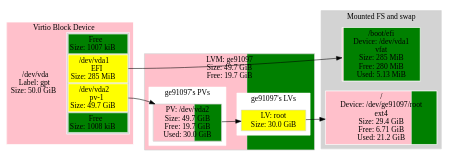
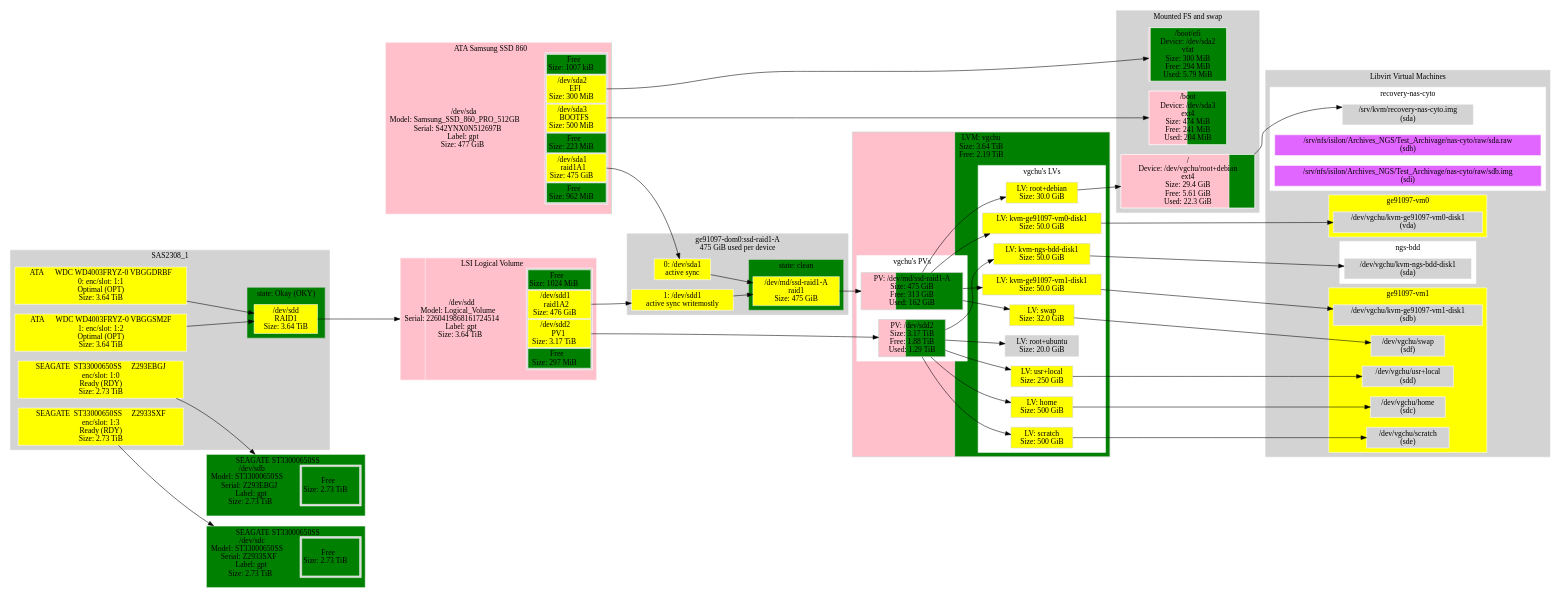
One commit to metacpan/metacpan-cpan-extracted changed the diagram in distros/S/StorageDisplay/data/ge91097.ref.dot. Above: the diagram before and after it, drawn with Graphviz. The commit also changed 6197 other files, not shown here.

```diff
--- a/distros/S/StorageDisplay/data/ge91097.ref.dot
+++ b/distros/S/StorageDisplay/data/ge91097.ref.dot
@@ -1,8 +1,8 @@
 digraph "machine"{
 	rankdir=LR;
-	{ "@Part: vda" [
+	{ "@Part: sda" [
 		label=<<TABLE BORDER="0" CELLPADDING="0" CELLSPACING="0">
-				<TR> <TD COLSPAN="2">Virtio Block Device</TD> </TR><TR><TD >/dev/vda<BR/>Label: gpt<BR/>Size: 50.0 GiB</TD>    <TD BGCOLOR="lightgrey">
+				<TR> <TD COLSPAN="2">ATA Samsung SSD 860</TD> </TR><TR><TD >/dev/sda<BR/>Model: Samsung_SSD_860_PRO_512GB<BR/>Serial: S42YNX0N512697B<BR/>Label: gpt<BR/>Size: 477 GiB</TD>    <TD BGCOLOR="lightgrey">
 				<TABLE >
 					<TR>
 						<TD bgcolor="green">
@@ -10,18 +10,28 @@
 						</TD>
 					</TR>
 					<TR>
-						<TD PORT="1" BGCOLOR="yellow">
-						/dev/vda1<BR/>EFI<BR/>Size: 285 MiB
+						<TD PORT="2" BGCOLOR="yellow">
+						/dev/sda2<BR/>EFI<BR/>Size: 300 MiB
 						</TD>
 					</TR>
 					<TR>
-						<TD PORT="2" BGCOLOR="yellow">
-						/dev/vda2<BR/>pv-1<BR/>Size: 49.7 GiB
+						<TD PORT="3" BGCOLOR="yellow">
+						/dev/sda3<BR/>BOOTFS<BR/>Size: 500 MiB
 						</TD>
 					</TR>
 					<TR>
 						<TD bgcolor="green">
-						Free<BR/>Size: 1008 kiB
+						Free<BR/>Size: 223 MiB
+						</TD>
+					</TR>
+					<TR>
+						<TD PORT="1" BGCOLOR="yellow">
+						/dev/sda1<BR/>raid1A1<BR/>Size: 475 GiB
+						</TD>
+					</TR>
+					<TR>
+						<TD bgcolor="green">
+						Free<BR/>Size: 962 MiB
 						</TD>
 					</TR>
 				</TABLE>
@@ -33,33 +43,200 @@
 		fillcolor=lightgrey;
 		shape="rectangle";
 		style=striped;
-		fillcolor="green;0.000019:pink;0.005566:pink;0.994395:green;0.000019";
+		fillcolor="green;0.000002:pink;0.000614:pink;0.001024:green;0.000457:pink;0.995933:green;0.001970";
 	]; }
-	subgraph "cluster_ge91097" {
+	{ "@Part: sdb" [
+		label=<<TABLE BORDER="0" CELLPADDING="0" CELLSPACING="0">
+				<TR> <TD COLSPAN="2">SEAGATE ST33000650SS</TD> </TR><TR><TD >/dev/sdb<BR/>Model: ST33000650SS<BR/>Serial: Z293EBGJ<BR/>Label: gpt<BR/>Size: 2.73 TiB</TD>    <TD BGCOLOR="lightgrey">
+				<TABLE >
+					<TR>
+						<TD bgcolor="green">
+						Free<BR/>Size: 2.73 TiB
+						</TD>
+					</TR>
+				</TABLE>
+				</TD> </TR><TR> <TD COLSPAN="2"> </TD> </TR>
+			</TABLE>
+		>;
+		// Style node
+		color=white;
+		fillcolor=lightgrey;
+		shape="rectangle";
+		style=striped;
+		fillcolor="green;1.000000";
+	]; }
+	{ "@Part: sdc" [
+		label=<<TABLE BORDER="0" CELLPADDING="0" CELLSPACING="0">
+				<TR> <TD COLSPAN="2">SEAGATE ST33000650SS</TD> </TR><TR><TD >/dev/sdc<BR/>Model: ST33000650SS<BR/>Serial: Z2933SXF<BR/>Label: gpt<BR/>Size: 2.73 TiB</TD>    <TD BGCOLOR="lightgrey">
+				<TABLE >
+					<TR>
+						<TD bgcolor="green">
+						Free<BR/>Size: 2.73 TiB
+						</TD>
+					</TR>
+				</TABLE>
+				</TD> </TR><TR> <TD COLSPAN="2"> </TD> </TR>
+			</TABLE>
+		>;
+		// Style node
+		color=white;
+		fillcolor=lightgrey;
+		shape="rectangle";
+		style=striped;
+		fillcolor="green;1.000000";
+	]; }
+	{ "@Part: sdd" [
+		label=<<TABLE BORDER="0" CELLPADDING="0" CELLSPACING="0">
+				<TR> <TD COLSPAN="2">LSI Logical Volume</TD> </TR><TR><TD >/dev/sdd<BR/>Model: Logical_Volume<BR/>Serial: 2260419868161724514<BR/>Label: gpt<BR/>Size: 3.64 TiB</TD>    <TD BGCOLOR="lightgrey">
+				<TABLE >
+					<TR>
+						<TD bgcolor="green">
+						Free<BR/>Size: 1024 MiB
+						</TD>
+					</TR>
+					<TR>
+						<TD PORT="1" BGCOLOR="yellow">
+						/dev/sdd1<BR/>raid1A2<BR/>Size: 476 GiB
+						</TD>
+					</TR>
+					<TR>
+						<TD PORT="2" BGCOLOR="yellow">
+						/dev/sdd2<BR/>PV1<BR/>Size: 3.17 TiB
+						</TD>
+					</TR>
+					<TR>
+						<TD bgcolor="green">
+						Free<BR/>Size: 297 MiB
+						</TD>
+					</TR>
+				</TABLE>
+				</TD> </TR><TR> <TD COLSPAN="2"> </TD> </TR>
+			</TABLE>
+		>;
+		// Style node
+		color=white;
+		fillcolor=lightgrey;
+		shape="rectangle";
+		style=striped;
+		fillcolor="green;0.000268:pink;0.127775:pink;0.871878:green;0.000078";
+	]; }
+	subgraph "cluster_vgchu" {
 		style=filled;
 		color=lightgrey;
 		fillcolor=lightgrey;
 		node [style=filled,color=lightgrey,fillcolor=lightgrey,shape=rectangle];
-		subgraph "cluster_ge91097@PV" {
+		subgraph "cluster_vgchu@PV" {
 			color=white;
 			fillcolor=white;
-			{ "LVM@ge91097@PV@vda2" [
-				label="PV: /dev/vda2\nSize: 49.7 GiB\nFree: 19.7 GiB\nUsed: 30.0 GiB";
-				style=striped;fillcolor="pink;0.603394.2:green"
+			{ "LVM@vgchu@PV@md127" [
+				label="PV: /dev/md/ssd-raid1-A\nSize: 475 GiB\nFree: 313 GiB\nUsed: 162 GiB";
+				style=striped;fillcolor="pink;0.341145.2:green"
 			]; }
-			label="ge91097's PVs";
+			{ "LVM@vgchu@PV@sdd2" [
+				label="PV: /dev/sdd2\nSize: 3.17 TiB\nFree: 1.88 TiB\nUsed: 1.29 TiB";
+				style=striped;fillcolor="pink;0.406404.2:green"
+			]; }
+			label="vgchu's PVs";
 		}
-		subgraph "cluster_ge91097@LV" {
+		subgraph "cluster_vgchu@LV" {
 			color=white;
 			fillcolor=white;
-			{ "dm-0" [
-				label="LV: root\nSize: 30.0 GiB";
+			{ "dm-3" [
+				label="LV: home\nSize: 500 GiB";
 				fillcolor="yellow"
 			]; }
-			label="ge91097's LVs";
+			{ "dm-8" [
+				label="LV: kvm-ge91097-vm0-disk1\nSize: 50.0 GiB";
+				fillcolor="yellow"
+			]; }
+			{ "dm-7" [
+				label="LV: kvm-ge91097-vm1-disk1\nSize: 50.0 GiB";
+				fillcolor="yellow"
+			]; }
+			{ "dm-6" [
+				label="LV: kvm-ngs-bdd-disk1\nSize: 50.0 GiB";
+				fillcolor="yellow"
+			]; }
+			{ "dm-1" [
+				label="LV: root+debian\nSize: 30.0 GiB";
+				fillcolor="yellow"
+			]; }
+			{ "dm-0" [
+				label="LV: root+ubuntu\nSize: 20.0 GiB";
+				fillcolor="lightgrey"
+			]; }
+			{ "dm-4" [
+				label="LV: scratch\nSize: 500 GiB";
+				fillcolor="yellow"
+			]; }
+			{ "dm-5" [
+				label="LV: swap\nSize: 32.0 GiB";
+				fillcolor="yellow"
+			]; }
+			{ "dm-2" [
+				label="LV: usr+local\nSize: 250 GiB";
+				fillcolor="yellow"
+			]; }
+			label="vgchu's LVs";
 		}
-		label="LVM: ge91097\nSize: 49.7 GiB\nFree: 19.7 GiB";
-		style=striped;fillcolor="pink;0.603394.2:green"
+		label="LVM: vgchu\nSize: 3.64 TiB\nFree: 2.19 TiB";
+		style=striped;fillcolor="pink;0.398080.2:green"
+	}
+	subgraph "cluster_@MD@md127" {
+		style=filled;
+		color=lightgrey;
+		fillcolor=lightgrey;
+		node [style=filled,color=white,fillcolor=lightgrey,shape=rectangle];
+		subgraph "cluster_md127@@state" {
+			{ "md127" [
+				label="/dev/md/ssd-raid1-A\nraid1\nSize: 475 GiB";
+				fillcolor="yellow"
+			]; }
+			label="state: clean ";
+			shape=oval
+			fillcolor=green
+		}
+		{ "@MD@md127@dev@sda1" [
+			label="0: /dev/sda1\nactive sync";
+			fillcolor=yellow
+		]; }
+		{ "@MD@md127@dev@sdd1" [
+			label="1: /dev/sdd1\nactive sync writemostly";
+			fillcolor=yellow
+		]; }
+		label="ge91097-dom0:ssd-raid1-A\n475 GiB used per device";
+	}
+	subgraph "cluster_@LSISASIrcu@0" {
+		style=filled;
+		color=lightgrey;
+		fillcolor=lightgrey;
+		node [style=filled,color=white,fillcolor=lightgrey,shape=rectangle];
+		{ "@LSISASIrcu@0@dev@LSISASIrcu@1:0" [
+			label="SEAGATE  ST33000650SS     Z293EBGJ\nenc/slot: 1:0\nReady (RDY)\nSize: 2.73 TiB";
+			fillcolor=yellow
+		]; }
+		{ "@LSISASIrcu@0@dev@LSISASIrcu@1:1" [
+			label="ATA      WDC WD4003FRYZ-0 VBGGDRBF\n0: enc/slot: 1:1\nOptimal (OPT)\nSize: 3.64 TiB";
+			fillcolor=yellow
+		]; }
+		{ "@LSISASIrcu@0@dev@LSISASIrcu@1:2" [
+			label="ATA      WDC WD4003FRYZ-0 VBGGSM2F\n1: enc/slot: 1:2\nOptimal (OPT)\nSize: 3.64 TiB";
+			fillcolor=yellow
+		]; }
+		{ "@LSISASIrcu@0@dev@LSISASIrcu@1:3" [
+			label="SEAGATE  ST33000650SS     Z2933SXF\nenc/slot: 1:3\nReady (RDY)\nSize: 2.73 TiB";
+			fillcolor=yellow
+		]; }
+		subgraph "cluster_1@@state" {
+			{ "1" [
+				label="/dev/sdd\nRAID1\nSize: 3.64 TiB";
+				fillcolor="yellow"
+			]; }
+			label="state: Okay (OKY)";
+			shape=oval
+			fillcolor=green
+		}
+		label="SAS2308_1";
 	}
 	subgraph "cluster_@FS" {
 		style=filled;
@@ -67,13 +244,25 @@
 		fillcolor=lightgrey;
 		node [style=filled,color=white,fillcolor=lightgrey,shape=rectangle];
 		{ "@FS@/" [
-			label="/\nDevice: /dev/ge91097/root\next4\nSize: 29.4 GiB\nFree: 6.71 GiB\nUsed: 21.2 GiB";
-			style=striped;fillcolor="pink;0.771782.2:green"
+			label="/\nDevice: /dev/vgchu/root+debian\next4\nSize: 29.4 GiB\nFree: 5.61 GiB\nUsed: 22.3 GiB";
+			style=striped;fillcolor="pink;0.808833.2:green"
 		]; }
 		{ "@FS@/boot/efi" [
-			label="/boot/efi\nDevice: /dev/vda1\nvfat\nSize: 285 MiB\nFree: 280 MiB\nUsed: 5.13 MiB";
-			style=striped;fillcolor="pink;0.017993.2:green"
+			label="/boot/efi\nDevice: /dev/sda2\nvfat\nSize: 300 MiB\nFree: 294 MiB\nUsed: 5.79 MiB";
+			style=striped;fillcolor="pink;0.019308.2:green"
 		]; }
+		{ "@FS@/boot" [
+			label="/boot\nDevice: /dev/sda3\next4\nSize: 474 MiB\nFree: 241 MiB\nUsed: 204 MiB";
+			style=striped;fillcolor="pink;0.492481.2:green"
+		]; }
+		subgraph "cluster_@FS@SWAP" {
+			style=filled;
+			color=white
+			fillcolor=lightgrey;
+			node [style=filled,color=white,fillcolor=lightgrey,shape=rectangle];
+			label="SWAP\nSize: 0 B\nFree: 0 B\nUsed: 0 B";
+			style=striped;fillcolor="green"
+		}
 		label="Mounted FS and swap";
 	}
 	subgraph "cluster_@libvirt" {
@@ -81,14 +270,114 @@
 		color=lightgrey;
 		fillcolor=lightgrey;
 		node [style=filled,color=white,fillcolor=lightgrey,shape=rectangle];
+		subgraph "cluster_@libvirt@ge91097-vm0" {
+			color=white;
+			fillcolor=white;
+			{ "@libvirt@ge91097-vm0@dm-8" [
+				label="/dev/vgchu/kvm-ge91097-vm0-disk1\n(vda)";
+			]; }
+			label="ge91097-vm0";
+			fillcolor=yellow
+		}
+		subgraph "cluster_@libvirt@ge91097-vm1" {
+			color=white;
+			fillcolor=white;
+			{ "@libvirt@ge91097-vm1@dm-3" [
+				label="/dev/vgchu/home\n(sdc)";
+			]; }
+			{ "@libvirt@ge91097-vm1@dm-7" [
+				label="/dev/vgchu/kvm-ge91097-vm1-disk1\n(sdb)";
+			]; }
+			{ "@libvirt@ge91097-vm1@dm-4" [
+				label="/dev/vgchu/scratch\n(sde)";
+			]; }
+			{ "@libvirt@ge91097-vm1@dm-5" [
+				label="/dev/vgchu/swap\n(sdf)";
+			]; }
+			{ "@libvirt@ge91097-vm1@dm-2" [
+				label="/dev/vgchu/usr+local\n(sdd)";
+			]; }
+			label="ge91097-vm1";
+			fillcolor=yellow
+		}
+		subgraph "cluster_@libvirt@ngs-bdd" {
+			color=white;
+			fillcolor=white;
+			{ "@libvirt@ngs-bdd@dm-6" [
+				label="/dev/vgchu/kvm-ngs-bdd-disk1\n(sda)";
+			]; }
+			label="ngs-bdd";
+		}
+		subgraph "cluster_@libvirt@recovery-nas-cyto" {
+			color=white;
+			fillcolor=white;
+			{ "@libvirt@recovery-nas-cyto@/srv/kvm/recovery-nas-cyto.img" [
+				label="/srv/kvm/recovery-nas-cyto.img\n(sda)";
+			]; }
+			{ "@libvirt@recovery-nas-cyto@/srv/nfs/isilon/Archives_NGS/Test_Archivage/nas-cyto/raw/sda.raw" [
+				label="/srv/nfs/isilon/Archives_NGS/Test_Archivage/nas-cyto/raw/sda.raw\n(sdh)";
+				fillcolor=mediumorchid1
+			]; }
+			{ "@libvirt@recovery-nas-cyto@/srv/nfs/isilon/Archives_NGS/Test_Archivage/nas-cyto/raw/sdb.img" [
+				label="/srv/nfs/isilon/Archives_NGS/Test_Archivage/nas-cyto/raw/sdb.img\n(sdi)";
+				fillcolor=mediumorchid1
+			]; }
+			label="recovery-nas-cyto";
+		}
 		label="Libvirt Virtual Machines";
 	}
-	// Links from LVM VG: ge91097
-	"LVM@ge91097@PV@vda2" -> "dm-0"
-	// Links for LVM@ge91097@PV@vda2
-	"@Part: vda":"2" -> "LVM@ge91097@PV@vda2"
+	// Links from LVM VG: vgchu
+	"LVM@vgchu@PV@sdd2" -> "dm-3"
+	"LVM@vgchu@PV@md127" -> "dm-8"
+	"LVM@vgchu@PV@md127" -> "dm-7"
+	"LVM@vgchu@PV@sdd2" -> "dm-6"
+	"LVM@vgchu@PV@md127" -> "dm-1"
+	"LVM@vgchu@PV@sdd2" -> "dm-0"
+	"LVM@vgchu@PV@sdd2" -> "dm-4"
+	"LVM@vgchu@PV@md127" -> "dm-5"
+	"LVM@vgchu@PV@sdd2" -> "dm-2"
+	// Links from MD: /dev/md/ssd-raid1-A
+	"@MD@md127@dev@sda1" -> "md127"
+	"@MD@md127@dev@sdd1" -> "md127"
+	// Links from MegaCli: Controller 0
+	
+	"@LSISASIrcu@0@dev@LSISASIrcu@1:1" -> "1"
+	"@LSISASIrcu@0@dev@LSISASIrcu@1:2" -> "1"
+	
+	// Links for @Part: sdb
+	"@LSISASIrcu@0@dev@LSISASIrcu@1:0" -> "@Part: sdb"
+	// Links for @Part: sdc
+	"@LSISASIrcu@0@dev@LSISASIrcu@1:3" -> "@Part: sdc"
+	// Links for @Part: sdd
+	"1" -> "@Part: sdd"
+	// Links for LVM@vgchu@PV@md127
+	"md127" -> "LVM@vgchu@PV@md127"
+	// Links for LVM@vgchu@PV@sdd2
+	"@Part: sdd":"2" -> "LVM@vgchu@PV@sdd2"
+	// Links for @MD@md127@dev@sda1
+	"@Part: sda":"1" -> "@MD@md127@dev@sda1"
+	// Links for @MD@md127@dev@sdd1
+	"@Part: sdd":"1" -> "@MD@md127@dev@sdd1"
 	// Links for @FS@/
-	"dm-0" -> "@FS@/"
+	"dm-1" -> "@FS@/"
 	// Links for @FS@/boot/efi
-	"@Part: vda":"1" -> "@FS@/boot/efi"
+	"@Part: sda":"2" -> "@FS@/boot/efi"
+	// Links for @FS@/boot
+	"@Part: sda":"3" -> "@FS@/boot"
+	// Links for @libvirt@ge91097-vm0@dm-8
+	"dm-8" -> "@libvirt@ge91097-vm0@dm-8"
+	// Links for @libvirt@ge91097-vm1@dm-3
+	"dm-3" -> "@libvirt@ge91097-vm1@dm-3"
+	// Links for @libvirt@ge91097-vm1@dm-7
+	"dm-7" -> "@libvirt@ge91097-vm1@dm-7"
+	// Links for @libvirt@ge91097-vm1@dm-4
+	"dm-4" -> "@libvirt@ge91097-vm1@dm-4"
+	// Links for @libvirt@ge91097-vm1@dm-5
+	"dm-5" -> "@libvirt@ge91097-vm1@dm-5"
+	// Links for @libvirt@ge91097-vm1@dm-2
+	"dm-2" -> "@libvirt@ge91097-vm1@dm-2"
+	// Links for @libvirt@ngs-bdd@dm-6
+	"dm-6" -> "@libvirt@ngs-bdd@dm-6"
+	// Links for @libvirt@recovery-nas-cyto@/srv/kvm/recovery-nas-cyto.img
+	"@FS@/" -> "@libvirt@recovery-nas-cyto@/srv/kvm/recovery-nas-cyto.img"
 }
```
